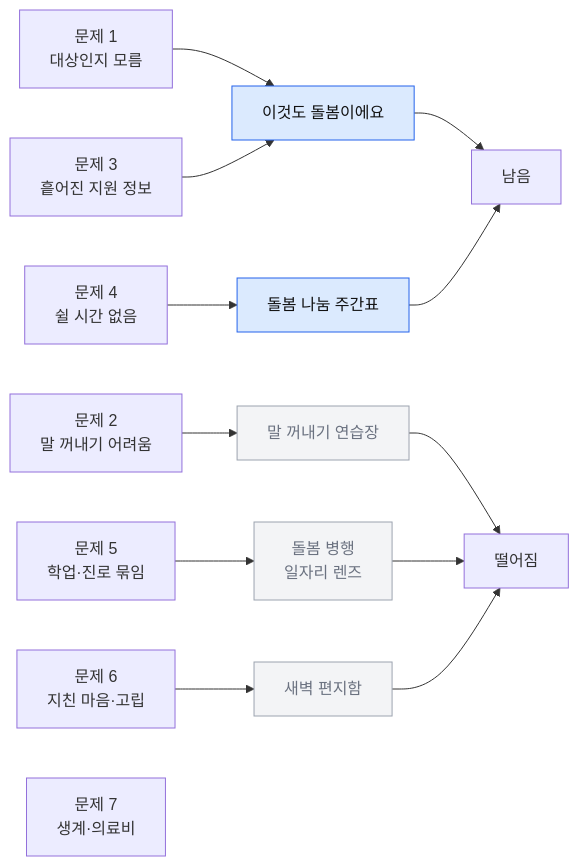
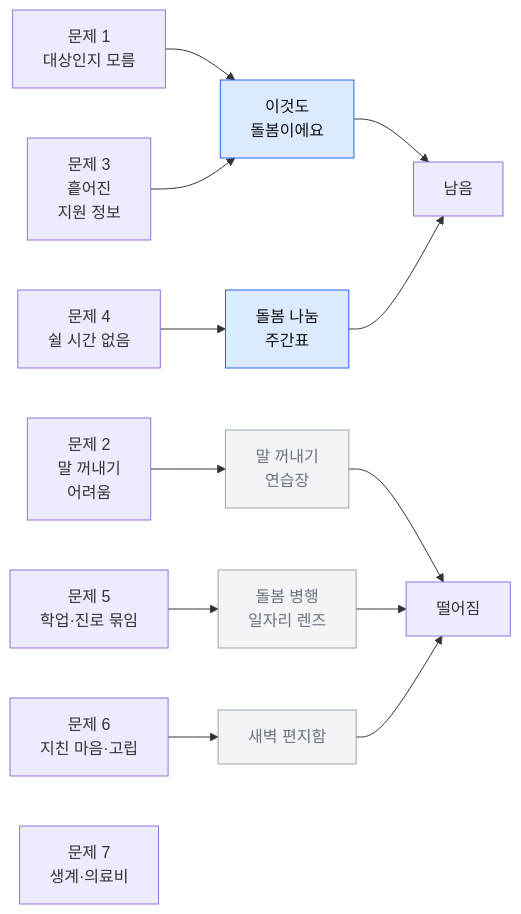
One commit to lumos0107/AI_Final_Project changed the diagram in docs/ideation/social_targets/5_young_carers.md. Above: the diagram before and after it, drawn with Mermaid. The commit also changed 4 other files, not shown here.

````diff
--- a/docs/ideation/social_targets/5_young_carers.md
+++ b/docs/ideation/social_targets/5_young_carers.md
@@ -34,37 +34,37 @@
 ```mermaid
 flowchart LR
     P1["문제 1<br>대상인지 모름"]
-    P2["문제 2<br>말 꺼내기 어려움"]
-    P3["문제 3<br>흩어진 지원 정보"]
+    P2["문제 2<br>말 꺼내기<br>어려움"]
+    P3["문제 3<br>흩어진<br>지원 정보"]
     P4["문제 4<br>쉴 시간 없음"]
     P5["문제 5<br>학업·진로 묶임"]
     P6["문제 6<br>지친 마음·고립"]
     P7["문제 7<br>생계·의료비"]
 
-    A1["이것도 돌봄이에요"]
-    A2["말 꺼내기 연습장"]
-    A3["돌봄 나눔 주간표"]
+    A1["이것도<br>돌봄이에요"]
+    A2["말 꺼내기<br>연습장"]
+    A3["돌봄 나눔<br>주간표"]
     A4["돌봄 병행<br>일자리 렌즈"]
     A5["새벽 편지함"]
 
     R1["남음"]
     R2["떨어짐"]
 
     P1 --> A1
     P3 --> A1
     P2 --> A2
     P4 --> A3
     P5 --> A4
     P6 --> A5
 
     A1 --> R1
     A3 --> R1
     A2 --> R2
     A4 --> R2
     A5 --> R2
 
     class A1,A3 keep
     class A2,A4,A5 drop
     classDef keep fill:#dbeafe,stroke:#2563eb,color:#111
     classDef drop fill:#f3f4f6,stroke:#9ca3af,color:#6b7280
 ```
````
